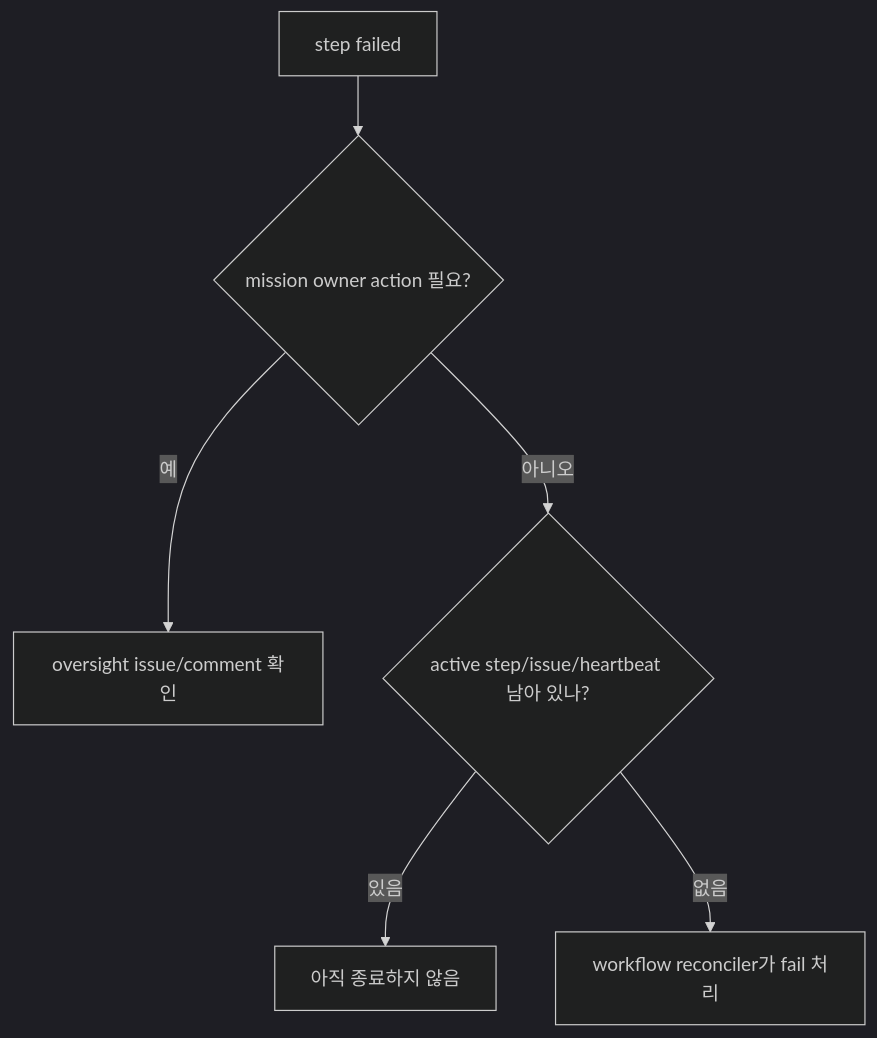
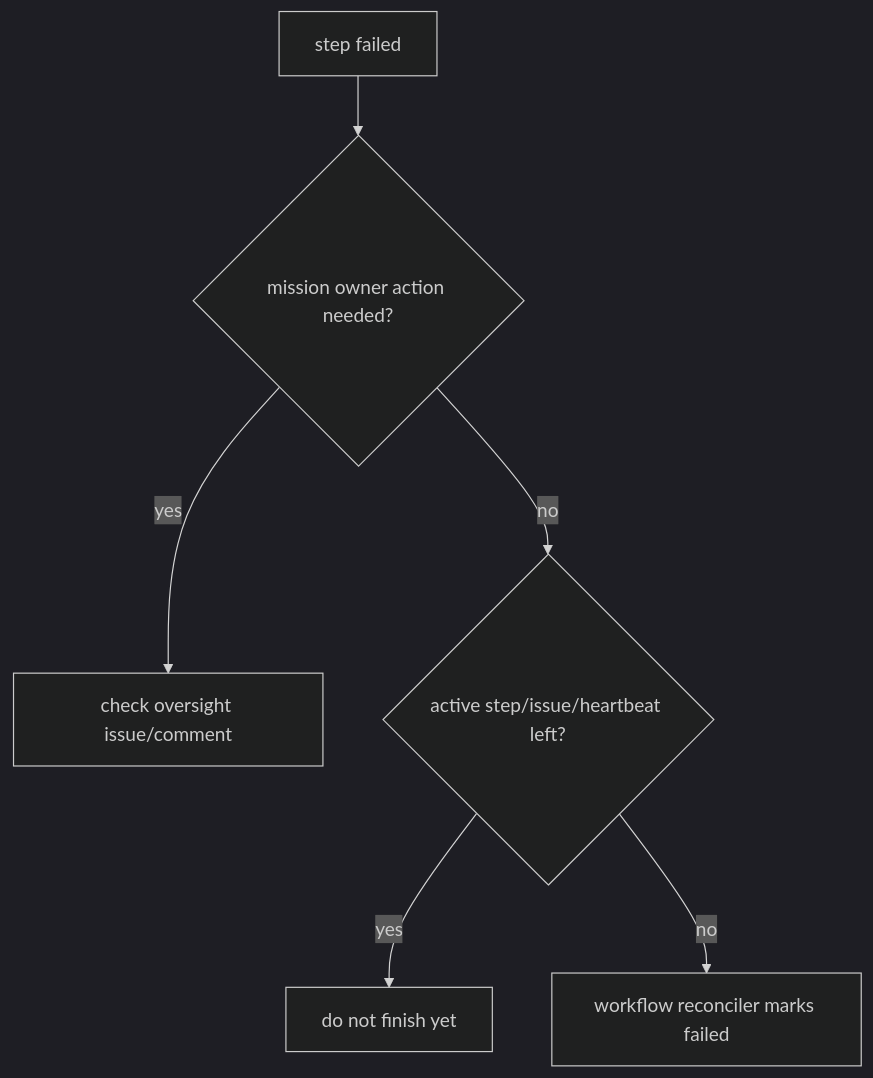
One commit to insightflo/papercompany-runtime changed diagram 15 of 17 in docs/guides/agent-developer/mission-workflow-runtime.md. Above: the diagram before and after it, drawn with Mermaid (dark theme). The commit also changed other lines of this file and 173 other files, not shown here.

````diff
--- a/docs/guides/agent-developer/mission-workflow-runtime.md
+++ b/docs/guides/agent-developer/mission-workflow-runtime.md
@@ -422,8 +371,8 @@
 ```mermaid
 flowchart TD
-  FailedStep["step failed"] --> Owner{"mission owner action 필요?"}
-  Owner -- 예 --> Oversight["oversight issue/comment 확인"]
-  Owner -- 아니오 --> Active{"active step/issue/heartbeat 남아 있나?"}
-  Active -- 있음 --> Wait["아직 종료하지 않음"]
-  Active -- 없음 --> Reconcile["workflow reconciler가 fail 처리"]
+  FailedStep["step failed"] --> Owner{"mission owner action needed?"}
+  Owner -- yes --> Oversight["check oversight issue/comment"]
+  Owner -- no --> Active{"active step/issue/heartbeat left?"}
+  Active -- yes --> Wait["do not finish yet"]
+  Active -- no --> Reconcile["workflow reconciler marks failed"]
 ```
````
